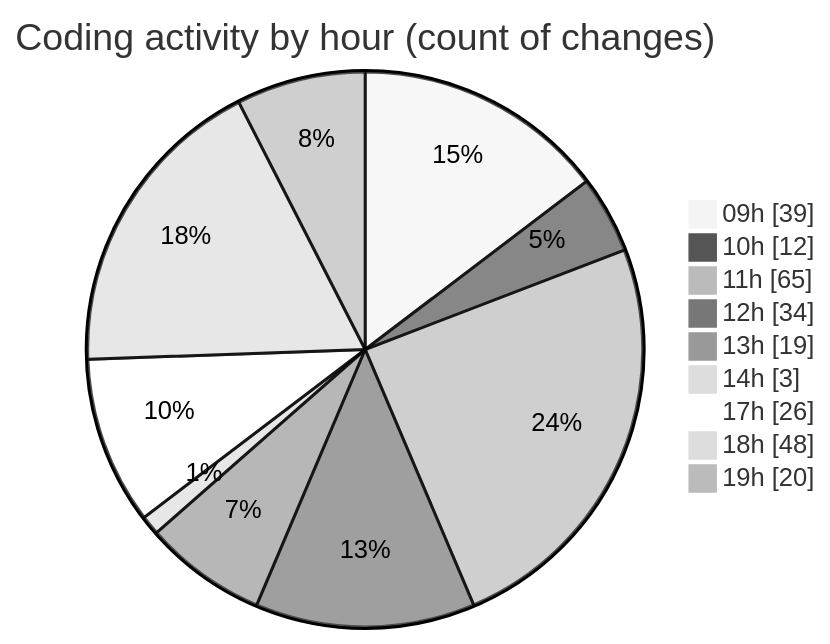
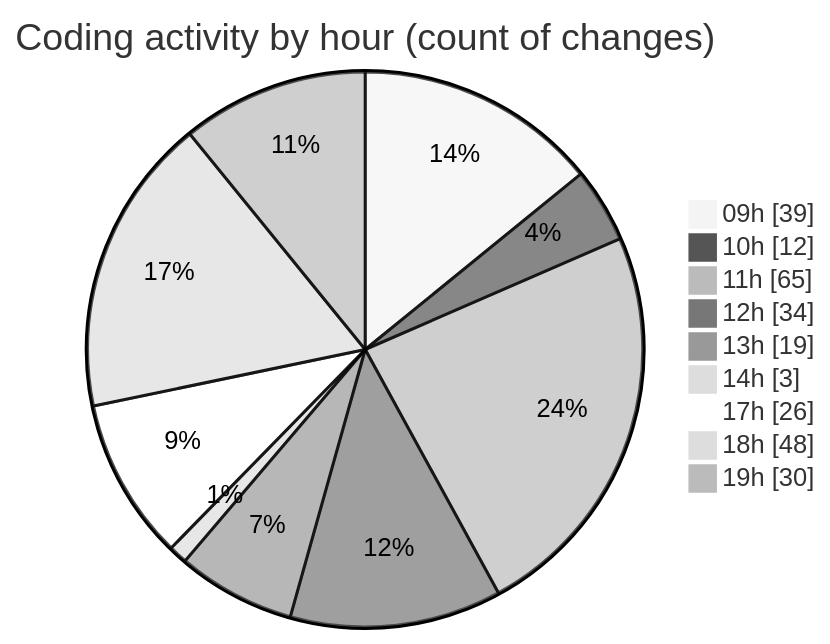
The second of 2 diagrams in 2025-03-04/cda/README.md (momahboobian/code-tracking), drawn with Mermaid (neutral theme) before and after one commit. The commit also changed other lines of this file and 1 other file, not shown here.

````diff
--- a/2025-03-04/cda/README.md
+++ b/2025-03-04/cda/README.md
@@ -41,13 +41,13 @@
 ```mermaid
 pie showData
 title Coding activity by hour (count of changes)
 "09h" : 39
 "10h" : 12
 "11h" : 65
 "12h" : 34
 "13h" : 19
 "14h" : 3
 "17h" : 26
 "18h" : 48
-"19h" : 20
+"19h" : 30
 ```
````
